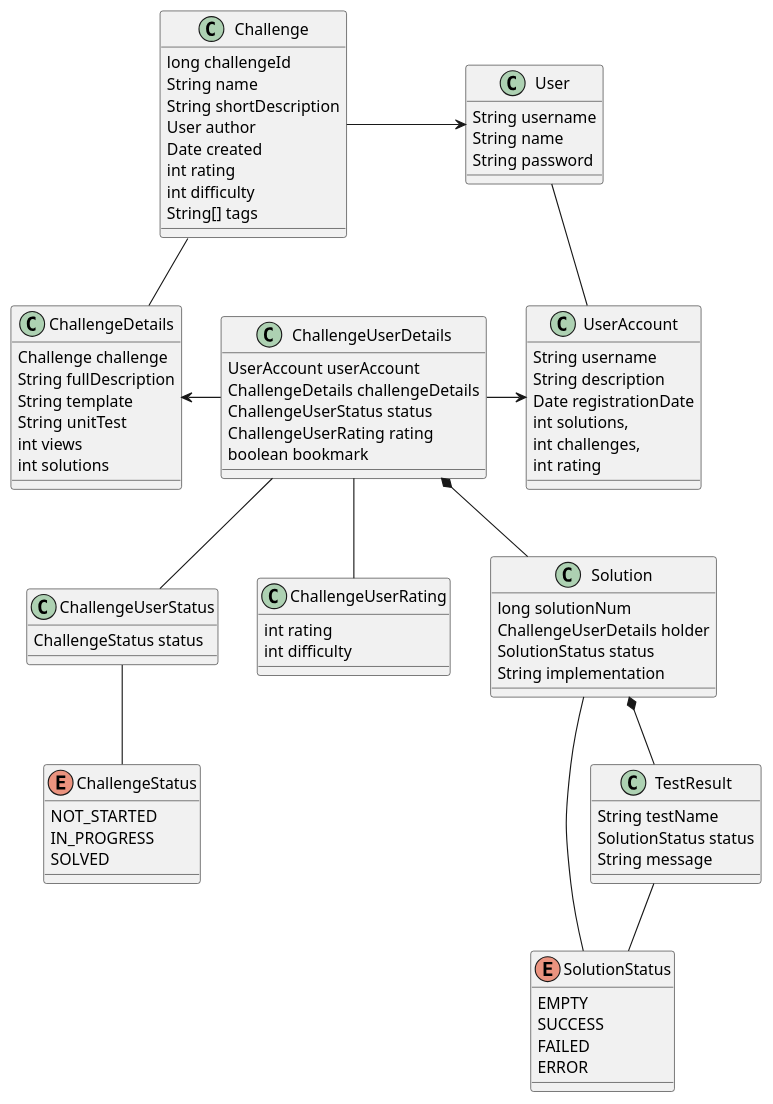
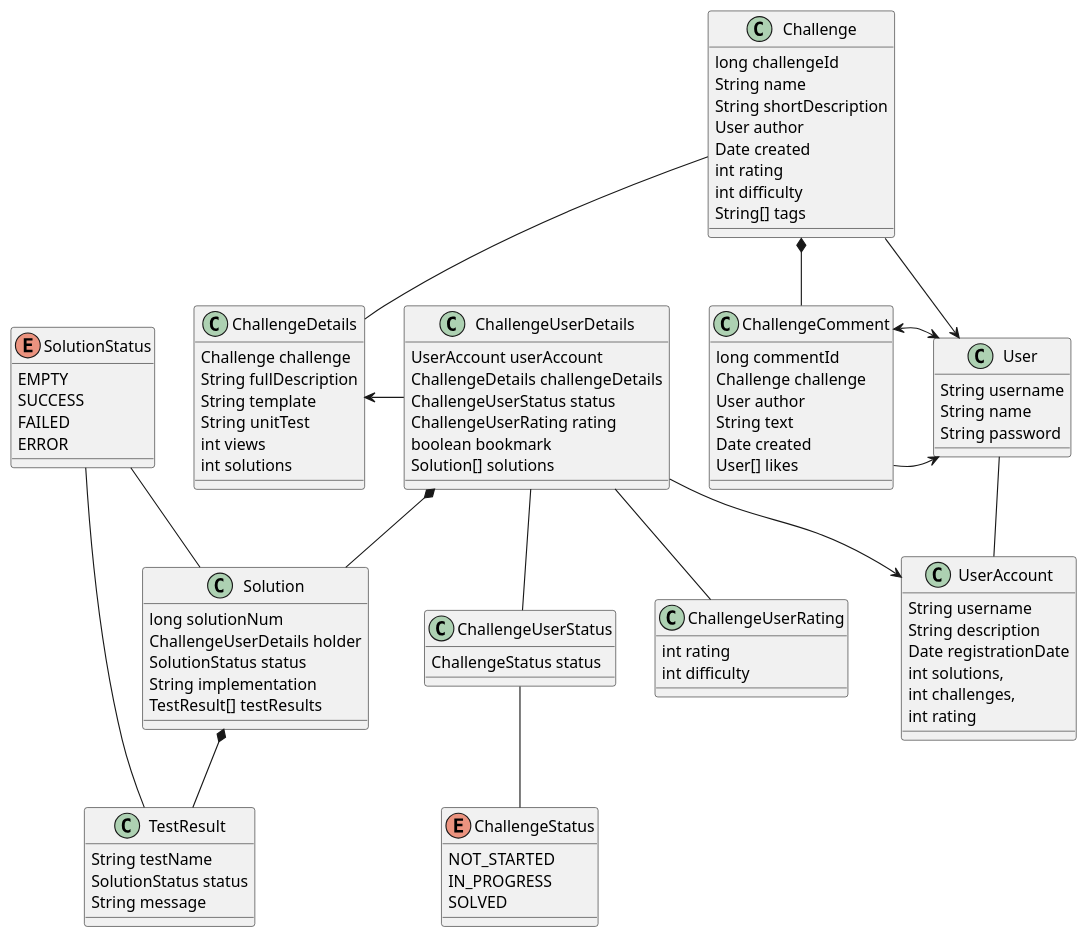
Before and after one commit to Daemon712/foobarbaz-backend: the diagram in design/data_model/common.puml, drawn with PlantUML. The commit also changed 1 other file, not shown here.

Commit message:
model diagram update

```diff
--- a/design/data_model/common.puml
+++ b/design/data_model/common.puml
@@ -1,95 +1,109 @@
 @startuml
 
 class User {
     String username
     String name
     String password
 }
 
 class UserAccount {
     String username
     String description
     Date registrationDate
     int solutions,
     int challenges,
     int rating
 }
 
 class Challenge {
     long challengeId
     String name
     String shortDescription
     User author
     Date created
     int rating
     int difficulty
     String[] tags
 }
 
 class ChallengeDetails {
     Challenge challenge
     String fullDescription
     String template
     String unitTest
     int views
     int solutions
 }
 
 class ChallengeUserStatus {
     ChallengeStatus status
 }
 
 enum ChallengeStatus {
     NOT_STARTED
     IN_PROGRESS
     SOLVED
 }
 
 class ChallengeUserRating {
     int rating
     int difficulty
 }
 
 class ChallengeUserDetails {
     UserAccount userAccount
     ChallengeDetails challengeDetails
     ChallengeUserStatus status
     ChallengeUserRating rating
     boolean bookmark
+    Solution[] solutions
 }
 
 class Solution {
     long solutionNum
     ChallengeUserDetails holder
     SolutionStatus status
     String implementation
+    TestResult[] testResults
 }
 
 enum SolutionStatus {
     EMPTY
     SUCCESS
     FAILED
     ERROR
 }
 
 class TestResult {
     String testName
     SolutionStatus status
     String message
 }
 
+class ChallengeComment {
+    long commentId
+    Challenge challenge
+    User author
+    String text
+    Date created
+    User[] likes
+}
+
 
 Challenge -> User
 User -- UserAccount
 Challenge -- ChallengeDetails
 ChallengeDetails <- ChallengeUserDetails
 ChallengeUserDetails -> UserAccount
 ChallengeUserDetails -- ChallengeUserStatus
 ChallengeUserStatus -- ChallengeStatus
 ChallengeUserDetails -- ChallengeUserRating
 ChallengeUserDetails *-- Solution
-Solution -- SolutionStatus
+SolutionStatus -- TestResult
+SolutionStatus -- Solution
 Solution *-- TestResult
-TestResult -- SolutionStatus
+Challenge *-- ChallengeComment
+ChallengeComment -> User
+ChallengeComment <-> User
 
 @enduml
```
